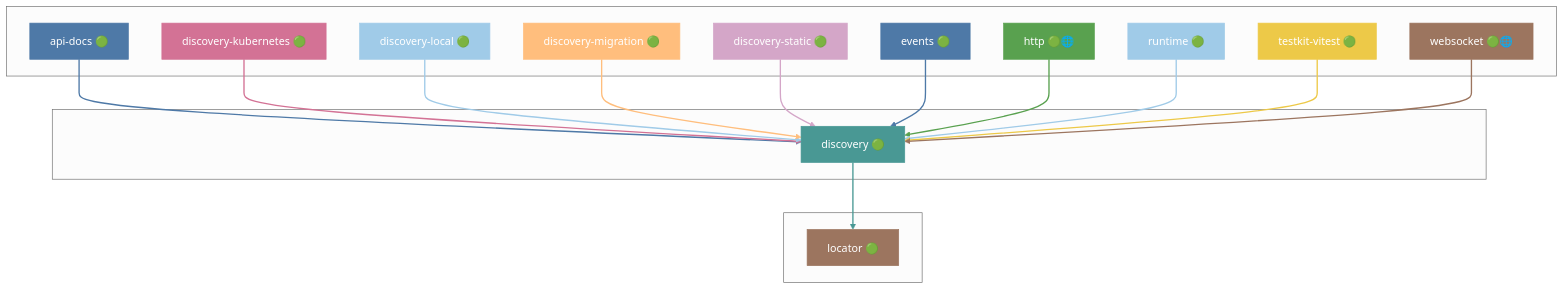
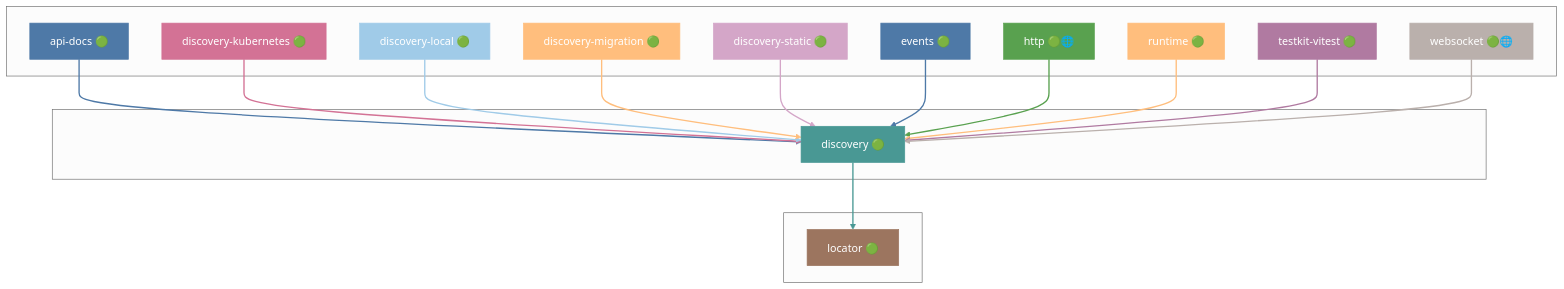
Before and after one commit to grest-ts/grest-ts: diagram 15 of 47 in docs/DEPENDENCIES.md, drawn with Mermaid (neutral theme). The commit also changed other lines of this file and 27 other files, not shown here.

````diff
--- a/docs/DEPENDENCIES.md
+++ b/docs/DEPENDENCIES.md
@@ -903,55 +887,55 @@
 ```mermaid
 flowchart TB
     subgraph Dependents[" "]
         api-docs["api-docs 🟢"]
         discovery-kubernetes["discovery-kubernetes 🟢"]
         discovery-local["discovery-local 🟢"]
         discovery-migration["discovery-migration 🟢"]
         discovery-static["discovery-static 🟢"]
         events["events 🟢"]
         http["http 🟢🌐"]
         runtime["runtime 🟢"]
         testkit-vitest["testkit-vitest 🟢"]
         websocket["websocket 🟢🌐"]
     end
     subgraph Package[" "]
         discovery["discovery 🟢"]
     end
     subgraph Dependencies[" "]
         locator["locator 🟢"]
     end
     api-docs --> discovery
     discovery-kubernetes --> discovery
     discovery-local --> discovery
     discovery-migration --> discovery
     discovery-static --> discovery
     events --> discovery
     http --> discovery
     runtime --> discovery
     testkit-vitest --> discovery
     websocket --> discovery
     discovery --> locator
     style discovery fill:#499894,stroke:#499894,color:#fff
     style api-docs fill:#4E79A7,stroke:#4E79A7,color:#fff
     style discovery-kubernetes fill:#D37295,stroke:#D37295,color:#fff
     style discovery-local fill:#A0CBE8,stroke:#A0CBE8,color:#fff
     style discovery-migration fill:#FFBE7D,stroke:#FFBE7D,color:#fff
     style discovery-static fill:#D4A6C8,stroke:#D4A6C8,color:#fff
     style events fill:#4E79A7,stroke:#4E79A7,color:#fff
     style http fill:#59A14F,stroke:#59A14F,color:#fff
-    style runtime fill:#A0CBE8,stroke:#A0CBE8,color:#fff
-    style testkit-vitest fill:#EDC948,stroke:#EDC948,color:#fff
-    style websocket fill:#9C755F,stroke:#9C755F,color:#fff
+    style runtime fill:#FFBE7D,stroke:#FFBE7D,color:#fff
+    style testkit-vitest fill:#B07AA1,stroke:#B07AA1,color:#fff
+    style websocket fill:#BAB0AC,stroke:#BAB0AC,color:#fff
     style locator fill:#9C755F,stroke:#9C755F,color:#fff
     linkStyle 0 stroke:#4E79A7,stroke-width:2px
     linkStyle 1 stroke:#D37295,stroke-width:2px
     linkStyle 2 stroke:#A0CBE8,stroke-width:2px
     linkStyle 3 stroke:#FFBE7D,stroke-width:2px
     linkStyle 4 stroke:#D4A6C8,stroke-width:2px
     linkStyle 5 stroke:#4E79A7,stroke-width:2px
     linkStyle 6 stroke:#59A14F,stroke-width:2px
-    linkStyle 7 stroke:#A0CBE8,stroke-width:2px
-    linkStyle 8 stroke:#EDC948,stroke-width:2px
-    linkStyle 9 stroke:#9C755F,stroke-width:2px
+    linkStyle 7 stroke:#FFBE7D,stroke-width:2px
+    linkStyle 8 stroke:#B07AA1,stroke-width:2px
+    linkStyle 9 stroke:#BAB0AC,stroke-width:2px
     linkStyle 10 stroke:#499894,stroke-width:2px
 ```
````
